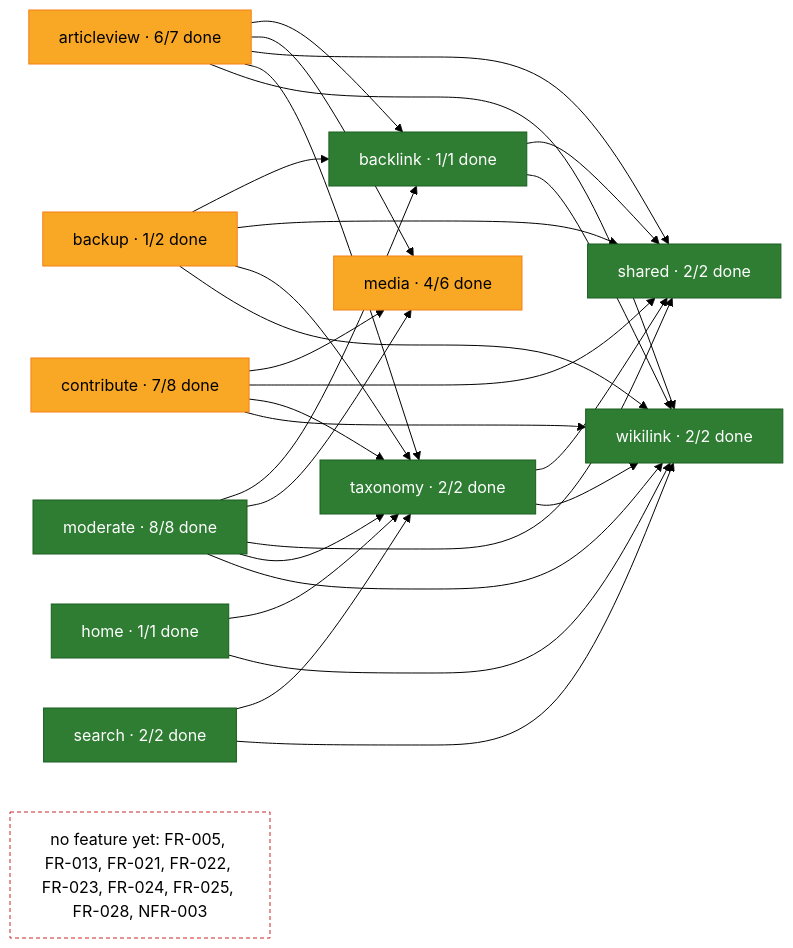
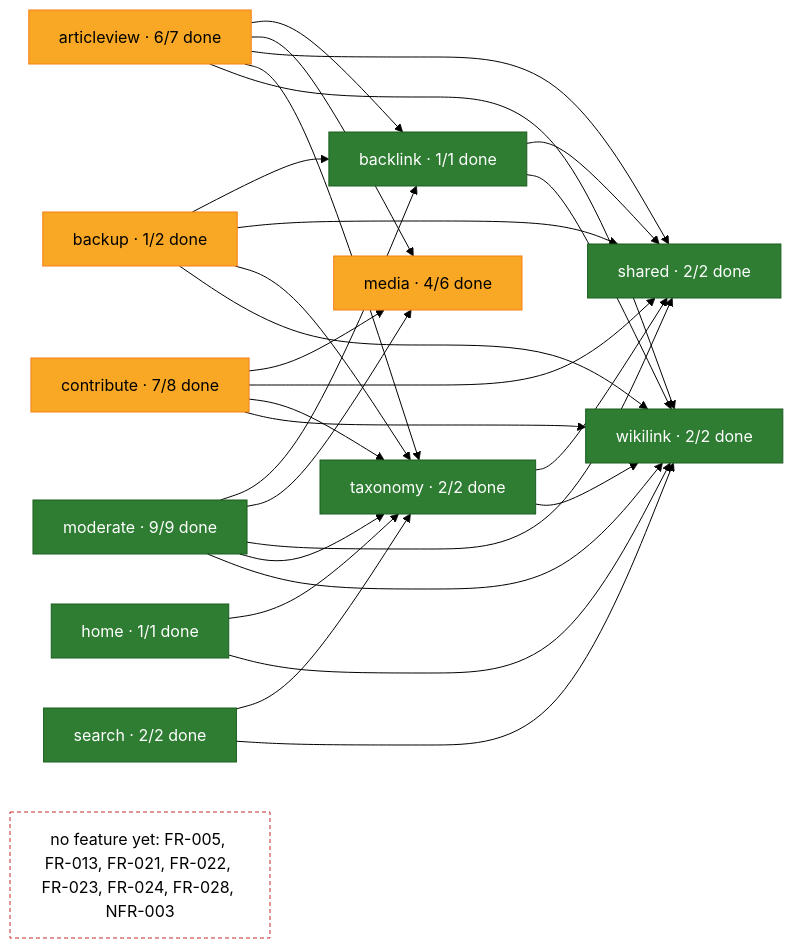
Before and after one commit to rikire/Exchange-Student-Guide-Platform: the second of 2 diagrams in docs/gap-list.md, drawn with Mermaid (forest theme). The commit also changed other lines of this file and 20 other files, not shown here.

````diff
--- a/docs/gap-list.md
+++ b/docs/gap-list.md
@@ -24,45 +24,45 @@
 ```mermaid
 flowchart LR
     articleview["articleview · 6/7 done"]:::partial
     backlink["backlink · 1/1 done"]:::done
     backup["backup · 1/2 done"]:::partial
     contribute["contribute · 7/8 done"]:::partial
     home["home · 1/1 done"]:::done
     media["media · 4/6 done"]:::partial
-    moderate["moderate · 8/8 done"]:::done
+    moderate["moderate · 9/9 done"]:::done
     search["search · 2/2 done"]:::done
     shared["shared · 2/2 done"]:::done
     taxonomy["taxonomy · 2/2 done"]:::done
     wikilink["wikilink · 2/2 done"]:::done
-    unmapped["no feature yet: FR-005, FR-013, FR-021, FR-022, FR-023, FR-024, FR-025, FR-028, NFR-003"]:::unmapped
+    unmapped["no feature yet: FR-005, FR-013, FR-021, FR-022, FR-023, FR-024, FR-028, NFR-003"]:::unmapped
     articleview --> backlink
     articleview --> media
     articleview --> shared
     articleview --> taxonomy
     articleview --> wikilink
     backlink --> shared
     backlink --> wikilink
     backup --> backlink
     backup --> shared
     backup --> taxonomy
     backup --> wikilink
     contribute --> media
     contribute --> shared
     contribute --> taxonomy
     contribute --> wikilink
     home --> taxonomy
     home --> wikilink
     moderate --> backlink
     moderate --> media
     moderate --> shared
     moderate --> taxonomy
     moderate --> wikilink
     search --> taxonomy
     search --> wikilink
     taxonomy --> shared
     taxonomy --> wikilink
     classDef done fill:#2e7d32,stroke:#1b5e20,color:#ffffff
     classDef partial fill:#f9a825,stroke:#f57f17,color:#000000
     classDef none fill:#e0e0e0,stroke:#9e9e9e,color:#000000
     classDef unmapped fill:#ffffff,stroke:#c62828,stroke-dasharray:4 3,color:#000000
 ```
````
